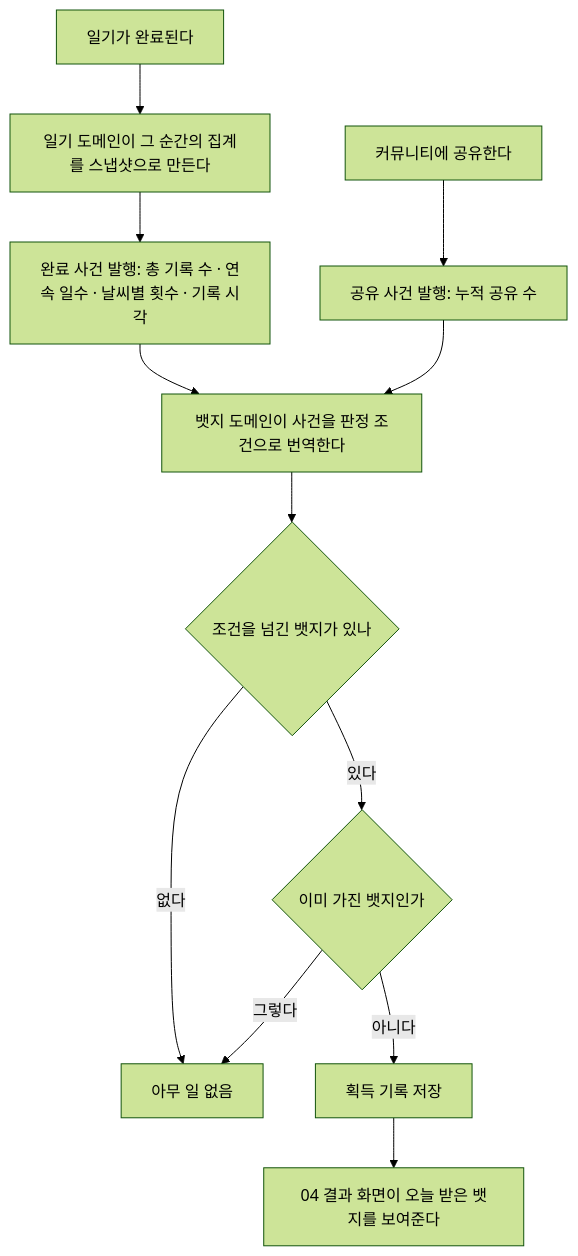
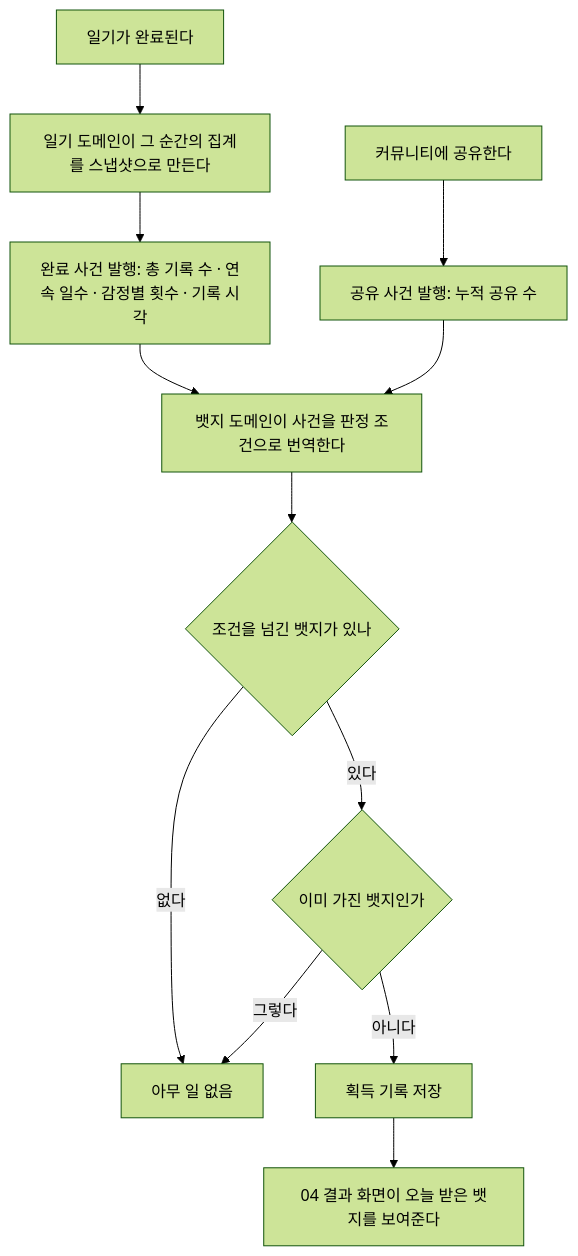
Before and after one commit to Minchae0322/ai-picture-diary: the first of 2 diagrams in docs/domain/badge/뱃지획득-비즈니스로직.md, drawn with Mermaid (forest theme). The commit also changed other lines of this file and 166 other files, not shown here.

````diff
--- a/docs/domain/badge/뱃지획득-비즈니스로직.md
+++ b/docs/domain/badge/뱃지획득-비즈니스로직.md
@@ -8,14 +8,14 @@
 ```mermaid
 flowchart TD
     A[일기가 완료된다] --> B[일기 도메인이 그 순간의 집계를 스냅샷으로 만든다]
-    B --> C[완료 사건 발행: 총 기록 수 · 연속 일수 · 날씨별 횟수 · 기록 시각]
+    B --> C[완료 사건 발행: 총 기록 수 · 연속 일수 · 감정별 횟수 · 기록 시각]
     C --> D[뱃지 도메인이 사건을 판정 조건으로 번역한다]
     D --> E{조건을 넘긴 뱃지가 있나}
     E -- 없다 --> F[아무 일 없음]
     E -- 있다 --> G{이미 가진 뱃지인가}
     G -- 그렇다 --> F
     G -- 아니다 --> H[획득 기록 저장]
     H --> I[04 결과 화면이 오늘 받은 뱃지를 보여준다]
     J[커뮤니티에 공유한다] --> K[공유 사건 발행: 누적 공유 수]
     K --> D
 ```
````
